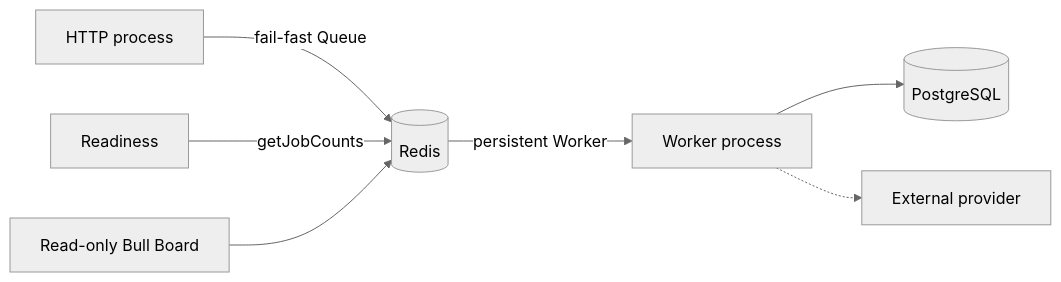
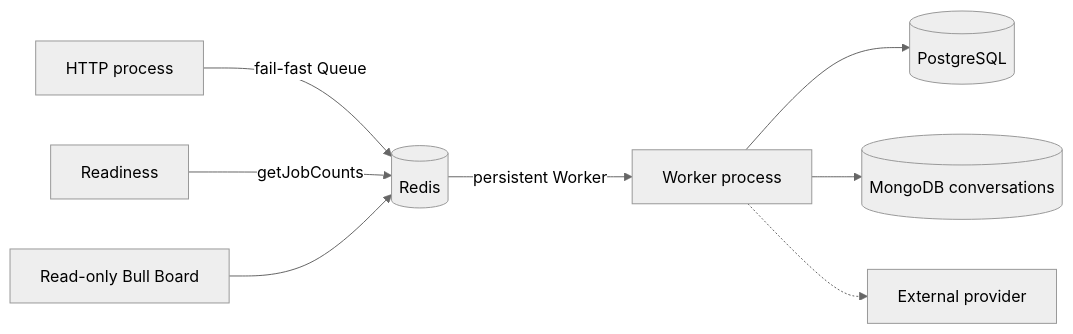
Before and after one commit to johnakisk0700/slopform: the first of 2 diagrams in docs/backend/mechanisms/queues.md, drawn with Mermaid (neutral theme). The commit also changed other lines of this file and 68 other files, not shown here.

````diff
--- a/docs/backend/mechanisms/queues.md
+++ b/docs/backend/mechanisms/queues.md
@@ -12,9 +12,10 @@
 ```mermaid
 flowchart LR
   API["HTTP process"] -->|"fail-fast Queue"| Redis[(Redis)]
   Health["Readiness"] -->|"getJobCounts"| Redis
   Board["Read-only Bull Board"] --> Redis
   Redis -->|"persistent Worker"| Worker["Worker process"]
   Worker --> DB[(PostgreSQL)]
+  Worker --> Mongo[(MongoDB conversations)]
   Worker -.-> Provider["External provider"]
 ```
````
